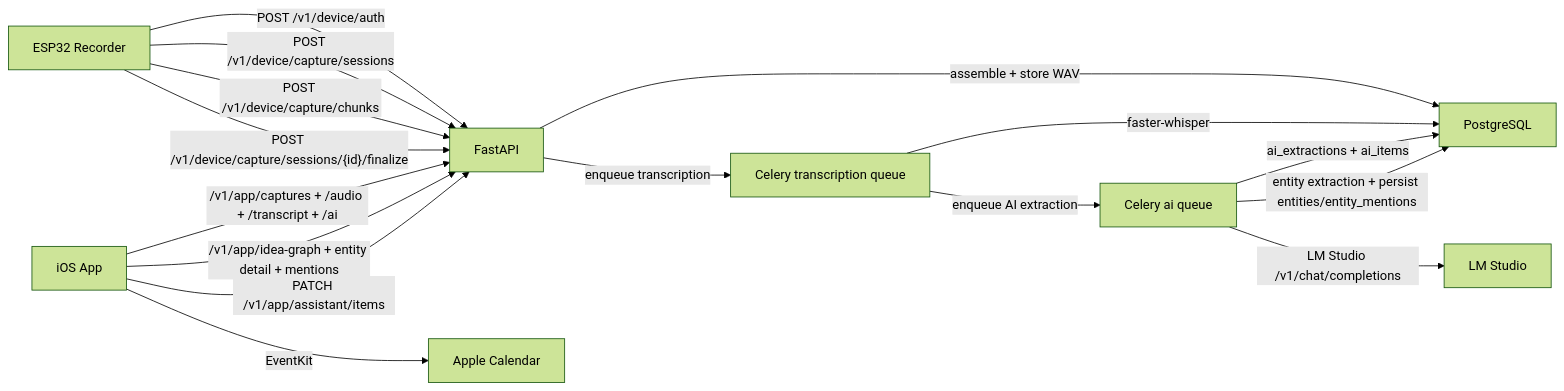
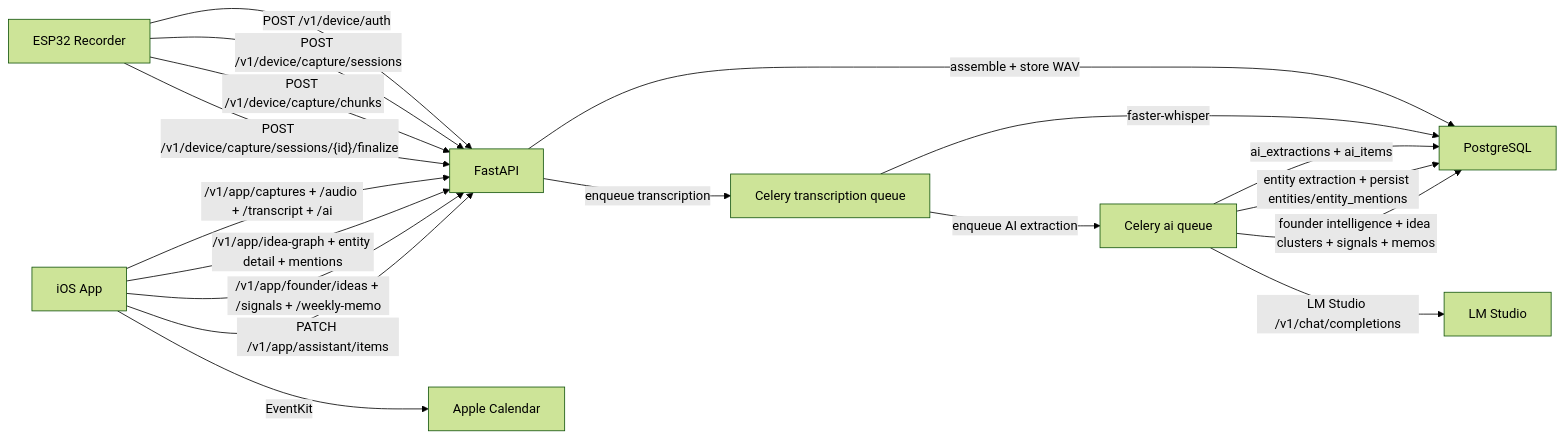
One commit to YaduEnc/CortX changed the diagram in README.md. Above: the diagram before and after it, drawn with Mermaid (forest theme). The commit also changed other lines of this file and 10 other files, not shown here.

````diff
--- a/README.md
+++ b/README.md
@@ -97,18 +119,20 @@
 ```mermaid
 flowchart LR
   A["ESP32 Recorder"] -->|"POST /v1/device/auth"| B["FastAPI"]
   A -->|"POST /v1/device/capture/sessions"| B
   A -->|"POST /v1/device/capture/chunks"| B
   A -->|"POST /v1/device/capture/sessions/{id}/finalize"| B
   B -->|"assemble + store WAV"| C["PostgreSQL"]
   B -->|"enqueue transcription"| D["Celery transcription queue"]
   D -->|"faster-whisper"| C
   D -->|"enqueue AI extraction"| E["Celery ai queue"]
   E -->|"LM Studio /v1/chat/completions"| F["LM Studio"]
   E -->|"ai_extractions + ai_items"| C
   E -->|"entity extraction + persist entities/entity_mentions"| C
+  E -->|"founder intelligence + idea clusters + signals + memos"| C
   G["iOS App"] -->|"/v1/app/captures + /audio + /transcript + /ai"| B
   G -->|"/v1/app/idea-graph + entity detail + mentions"| B
+  G -->|"/v1/app/founder/ideas + /signals + /weekly-memo"| B
   G -->|"PATCH /v1/app/assistant/items"| B
   G -->|"EventKit"| H["Apple Calendar"]
 ```
````
